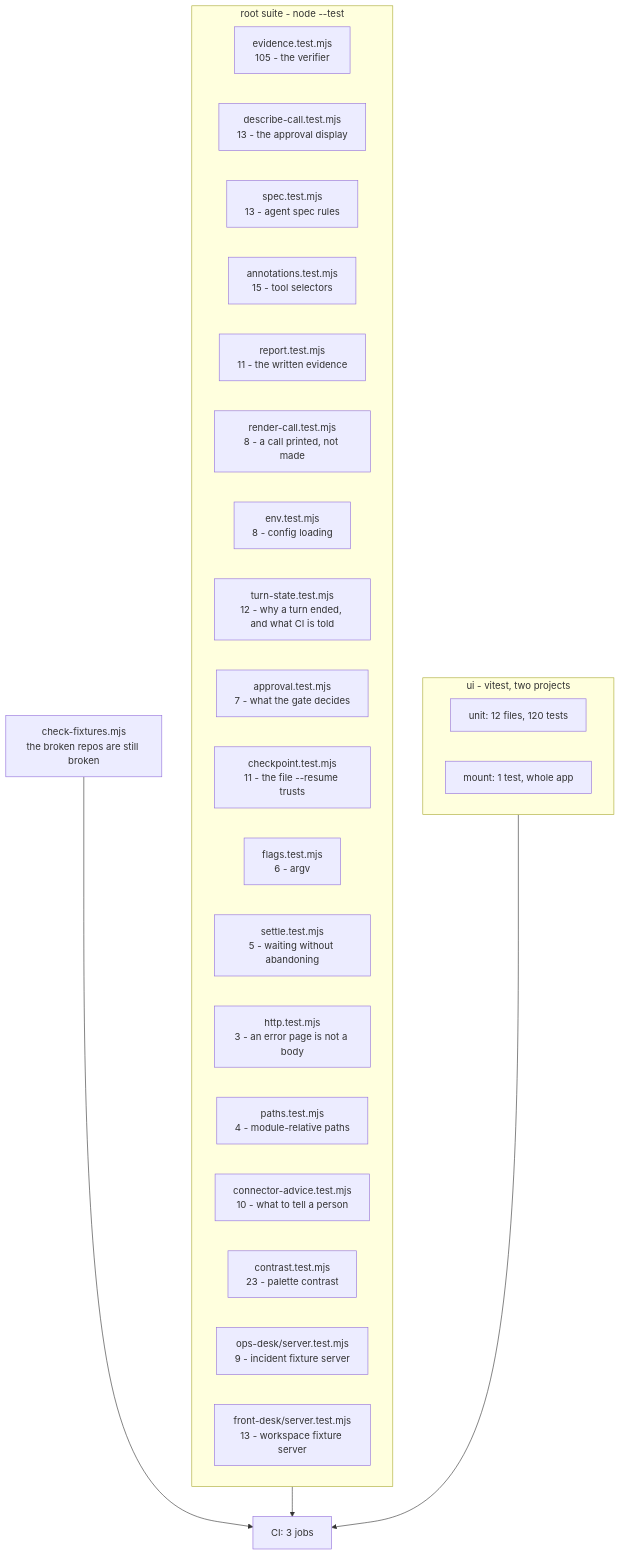
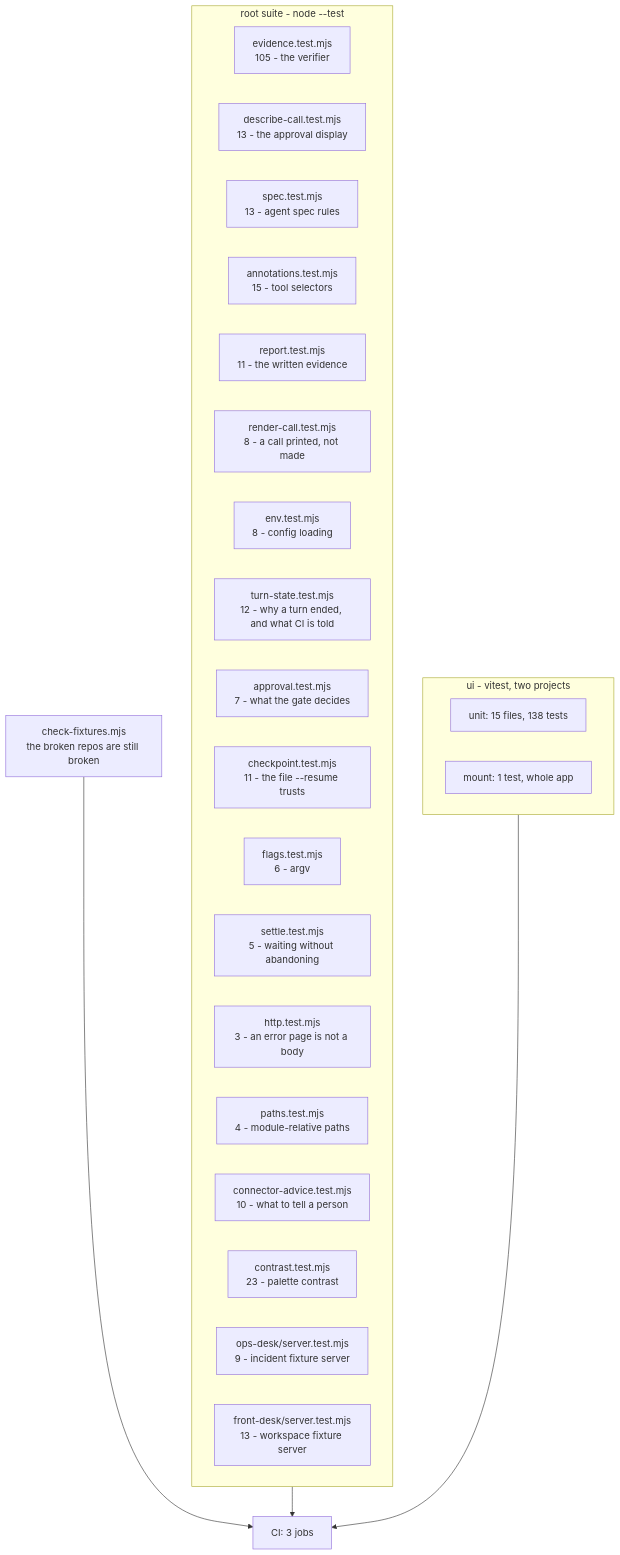
The diagram in TESTING.md (manumishra12/quartermaster), drawn with Mermaid before and after one commit. The commit also changed other lines of this file and 3 other files, not shown here.

````diff
--- a/TESTING.md
+++ b/TESTING.md
@@ -30,34 +30,34 @@
 ```mermaid
 flowchart TD
   subgraph root["root suite - node --test"]
     EV["evidence.test.mjs<br/>105 - the verifier"]
     DC["describe-call.test.mjs<br/>13 - the approval display"]
     SP["spec.test.mjs<br/>13 - agent spec rules"]
     AN["annotations.test.mjs<br/>15 - tool selectors"]
     RP["report.test.mjs<br/>11 - the written evidence"]
     RC["render-call.test.mjs<br/>8 - a call printed, not made"]
     EN["env.test.mjs<br/>8 - config loading"]
     TS["turn-state.test.mjs<br/>12 - why a turn ended, and what CI is told"]
     AP["approval.test.mjs<br/>7 - what the gate decides"]
     CK["checkpoint.test.mjs<br/>11 - the file --resume trusts"]
     FL["flags.test.mjs<br/>6 - argv"]
     ST["settle.test.mjs<br/>5 - waiting without abandoning"]
     HT["http.test.mjs<br/>3 - an error page is not a body"]
     PA["paths.test.mjs<br/>4 - module-relative paths"]
     CA["connector-advice.test.mjs<br/>10 - what to tell a person"]
     CO["contrast.test.mjs<br/>23 - palette contrast"]
     OD["ops-desk/server.test.mjs<br/>9 - incident fixture server"]
     FD["front-desk/server.test.mjs<br/>13 - workspace fixture server"]
   end
 
   subgraph ui["ui - vitest, two projects"]
-    U1["unit: 12 files, 120 tests"]
+    U1["unit: 15 files, 138 tests"]
     U2["mount: 1 test, whole app"]
   end
 
   FX["check-fixtures.mjs<br/>the broken repos are still broken"]
 
   root --> CI["CI: 3 jobs"]
   ui --> CI
   FX --> CI
 ```
````
